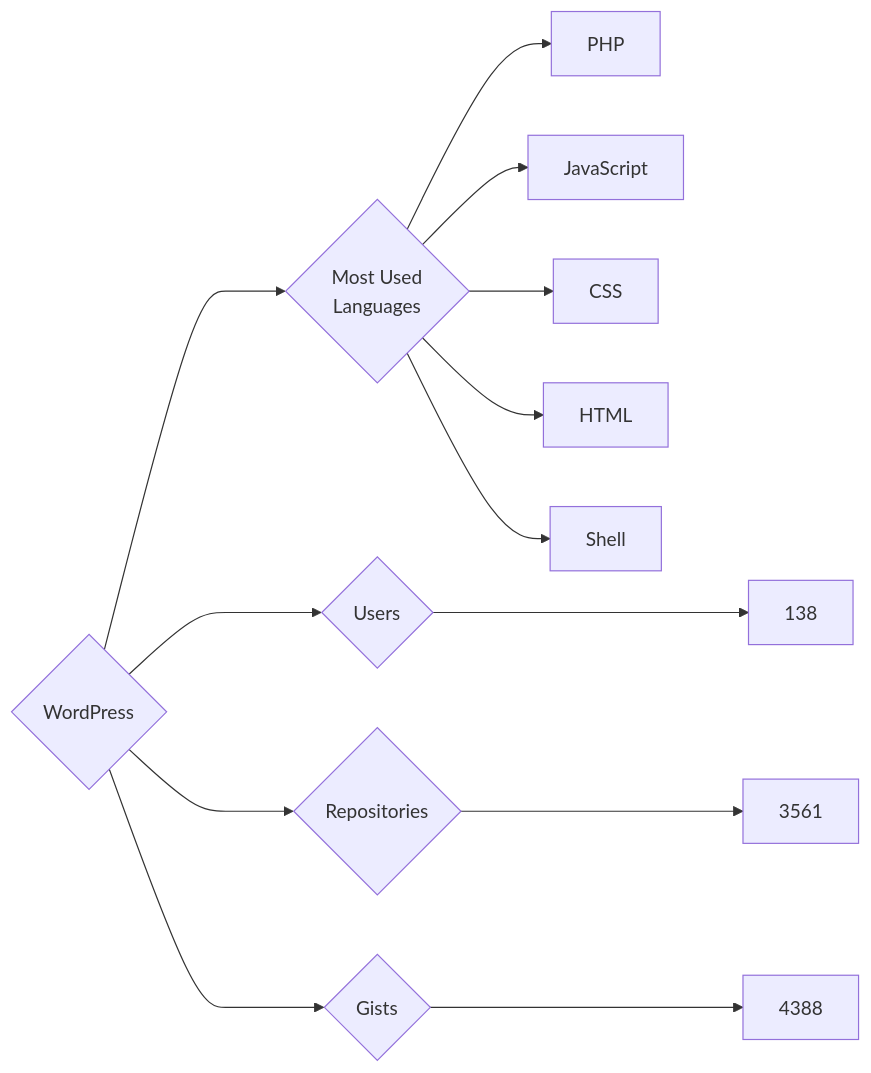
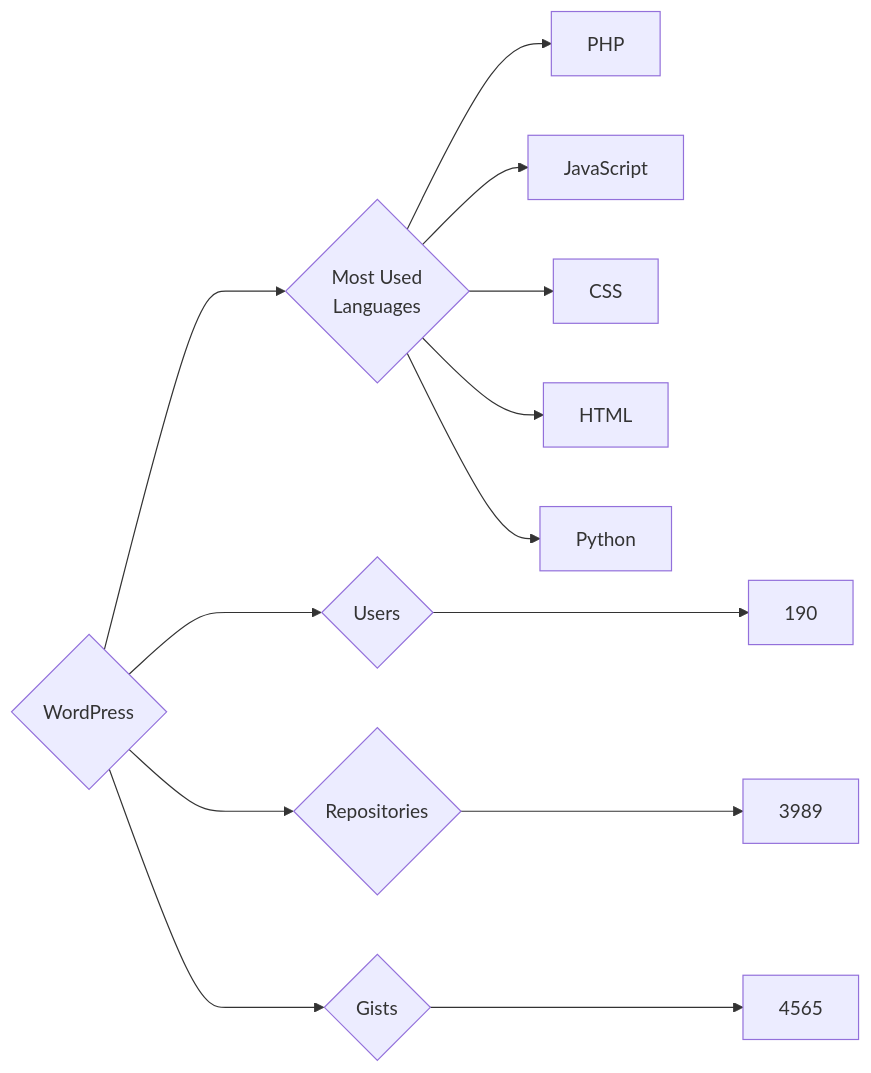
One commit to trickest/insiders changed the diagram in targets/WordPress/README.md. Above: the diagram before and after it, drawn with Mermaid. The commit also changed 787 other files, not shown here.

````diff
--- a/targets/WordPress/README.md
+++ b/targets/WordPress/README.md
@@ -3,13 +3,13 @@
 ```mermaid
 graph LR
 COMPANY_NAME{WordPress}
-COMPANY_NAME ---> U{Users} ---> UN[138]
-COMPANY_NAME ---> R{Repositories} ---> RN[3561]
-COMPANY_NAME ---> G{Gists} ---> GN[4388]
+COMPANY_NAME ---> U{Users} ---> UN[190]
+COMPANY_NAME ---> R{Repositories} ---> RN[3989]
+COMPANY_NAME ---> G{Gists} ---> GN[4565]
 COMPANY_NAME ---> ML{Most Used<br>Languages}
 ML --> PHP[PHP]
 ML --> JavaScript[JavaScript]
 ML --> CSS[CSS]
 ML --> HTML[HTML]
-ML --> Shell[Shell]
+ML --> Python[Python]
 ```
````
